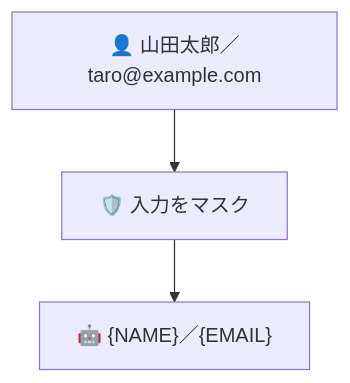
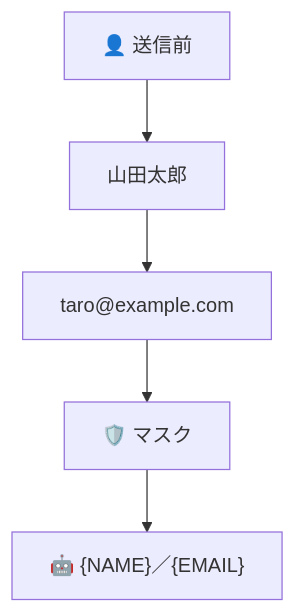
Before and after one commit to kkoch5t2/zenn-contents: the second of 3 diagrams in articles/bedrock-guardrails-pii-logging.md, drawn with Mermaid. The commit also changed other lines of this file, not shown here.

Commit message:
Make Mermaid diagrams mobile friendly

````diff
--- a/articles/bedrock-guardrails-pii-logging.md
+++ b/articles/bedrock-guardrails-pii-logging.md
@@ -55,5 +55,7 @@
 ```mermaid
 flowchart TD
-    I1["👤 山田太郎／taro@example.com"] --> G1["🛡️ 入力をマスク"]
-    G1 --> I2["🤖 {NAME}／{EMAIL}"]
+    I1["👤 送信前"] --> I2["山田太郎"]
+    I2 --> I3["taro@example.com"]
+    I3 --> G1["🛡️ マスク"]
+    G1 --> I4["🤖 {NAME}／{EMAIL}"]
 ```
````
